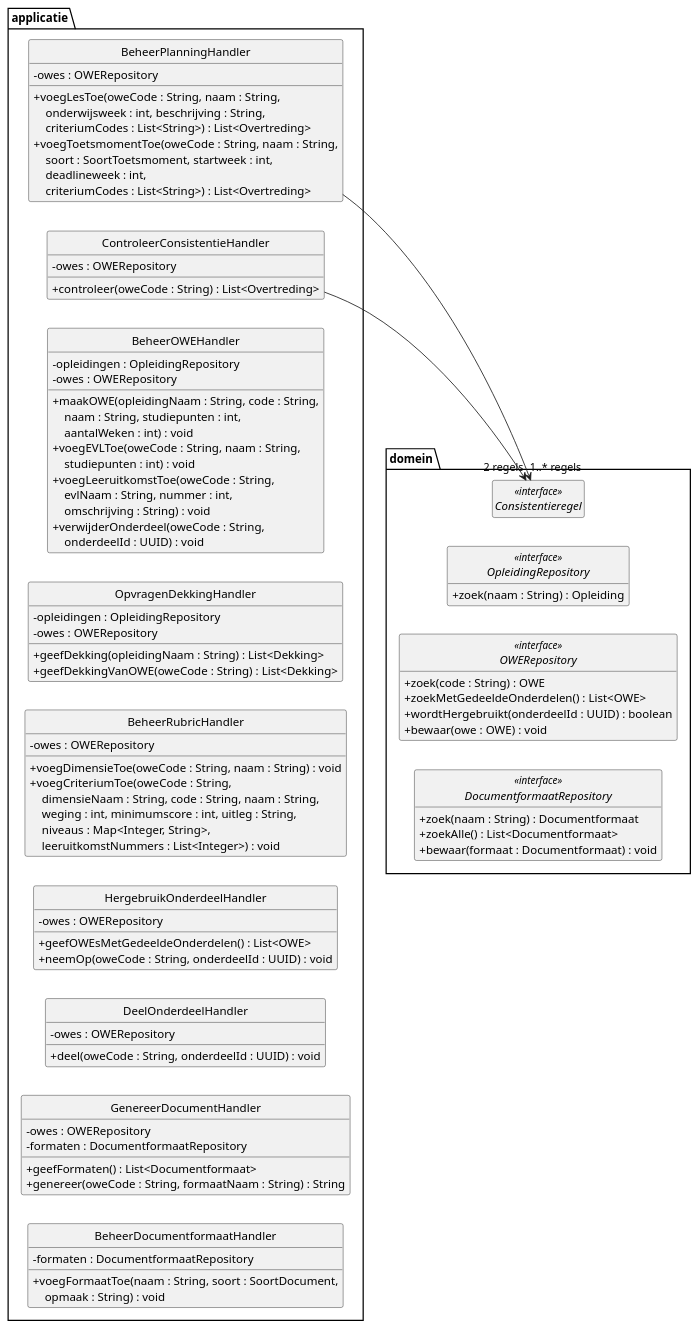
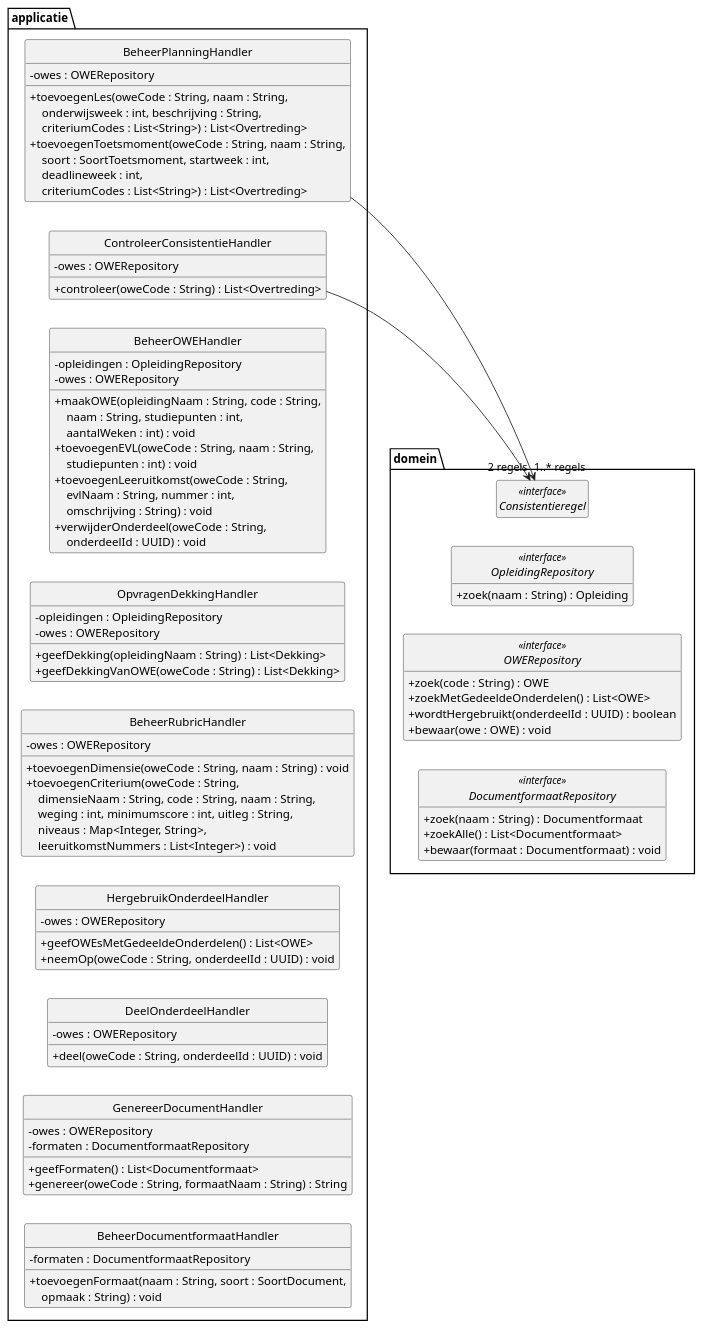
One commit to HAN-Craftsmanship-KL-JJG/casus changed the diagram in docs/diagrams/klassendiagram-handlers.puml. Above: the diagram before and after it, drawn with PlantUML. The commit also changed 4 other files, not shown here.

```diff
--- a/docs/diagrams/klassendiagram-handlers.puml
+++ b/docs/diagrams/klassendiagram-handlers.puml
@@ -1,112 +1,112 @@
 @startuml klassendiagram-handlers
 ' Design class diagram van ICDE: use case controllers en repositories.
 ' Toelichting: docs/klassendiagram.md
 ' De domeinklassen staan volledig in klassendiagram-domein.puml.
 ' Verwijzingen naar repositories staan als attribuut, niet als lijn (Larman 7.4).
 skinparam style strictuml
 skinparam shadowing false
 skinparam defaultFontName Helvetica
 skinparam classAttributeIconSize 0
 hide empty members
 left to right direction
 
 package applicatie {
   class BeheerOWEHandler {
     - opleidingen : OpleidingRepository
     - owes : OWERepository
     + maakOWE(opleidingNaam : String, code : String,\n    \
 naam : String, studiepunten : int,\n    \
 aantalWeken : int) : void
-    + voegEVLToe(oweCode : String, naam : String,\n    \
+    + toevoegenEVL(oweCode : String, naam : String,\n    \
 studiepunten : int) : void
-    + voegLeeruitkomstToe(oweCode : String,\n    \
+    + toevoegenLeeruitkomst(oweCode : String,\n    \
 evlNaam : String, nummer : int,\n    \
 omschrijving : String) : void
     + verwijderOnderdeel(oweCode : String,\n    \
 onderdeelId : UUID) : void
   }
   class BeheerRubricHandler {
     - owes : OWERepository
-    + voegDimensieToe(oweCode : String, naam : String) : void
-    + voegCriteriumToe(oweCode : String,\n    \
+    + toevoegenDimensie(oweCode : String, naam : String) : void
+    + toevoegenCriterium(oweCode : String,\n    \
 dimensieNaam : String, code : String, naam : String,\n    \
 weging : int, minimumscore : int, uitleg : String,\n    \
 niveaus : Map<Integer, String>,\n    \
 leeruitkomstNummers : List<Integer>) : void
   }
   class BeheerPlanningHandler {
     - owes : OWERepository
-    + voegLesToe(oweCode : String, naam : String,\n    \
+    + toevoegenLes(oweCode : String, naam : String,\n    \
 onderwijsweek : int, beschrijving : String,\n    \
 criteriumCodes : List<String>) : List<Overtreding>
-    + voegToetsmomentToe(oweCode : String, naam : String,\n    \
+    + toevoegenToetsmoment(oweCode : String, naam : String,\n    \
 soort : SoortToetsmoment, startweek : int,\n    \
 deadlineweek : int,\n    \
 criteriumCodes : List<String>) : List<Overtreding>
   }
   class ControleerConsistentieHandler {
     - owes : OWERepository
     + controleer(oweCode : String) : List<Overtreding>
   }
   class GenereerDocumentHandler {
     - owes : OWERepository
     - formaten : DocumentformaatRepository
     + geefFormaten() : List<Documentformaat>
     + genereer(oweCode : String, formaatNaam : String) : String
   }
   class HergebruikOnderdeelHandler {
     - owes : OWERepository
     + geefOWEsMetGedeeldeOnderdelen() : List<OWE>
     + neemOp(oweCode : String, onderdeelId : UUID) : void
   }
   class OpvragenDekkingHandler {
     - opleidingen : OpleidingRepository
     - owes : OWERepository
     + geefDekking(opleidingNaam : String) : List<Dekking>
     + geefDekkingVanOWE(oweCode : String) : List<Dekking>
   }
   class DeelOnderdeelHandler {
     - owes : OWERepository
     + deel(oweCode : String, onderdeelId : UUID) : void
   }
   class BeheerDocumentformaatHandler {
     - formaten : DocumentformaatRepository
-    + voegFormaatToe(naam : String, soort : SoortDocument,\n    \
+    + toevoegenFormaat(naam : String, soort : SoortDocument,\n    \
 opmaak : String) : void
   }
 }
 
 package domein {
   interface OWERepository <<interface>> {
     + zoek(code : String) : OWE
     + zoekMetGedeeldeOnderdelen() : List<OWE>
     + wordtHergebruikt(onderdeelId : UUID) : boolean
     + bewaar(owe : OWE) : void
   }
   interface OpleidingRepository <<interface>> {
     + zoek(naam : String) : Opleiding
   }
   interface DocumentformaatRepository <<interface>> {
     + zoek(naam : String) : Documentformaat
     + zoekAlle() : List<Documentformaat>
     + bewaar(formaat : Documentformaat) : void
   }
   interface Consistentieregel <<interface>>
 }
 
 BeheerPlanningHandler --> "2 regels" Consistentieregel
 ControleerConsistentieHandler --> "1..* regels" Consistentieregel
 ' Onzichtbare lijnen zetten elke handler naast zijn repositories.
 BeheerOWEHandler -[hidden]-> OpleidingRepository
 BeheerOWEHandler -[hidden]-> OWERepository
 BeheerRubricHandler -[hidden]-> OWERepository
 BeheerPlanningHandler -[hidden]-> OWERepository
 ControleerConsistentieHandler -[hidden]-> OWERepository
 GenereerDocumentHandler -[hidden]-> OWERepository
 GenereerDocumentHandler -[hidden]-> DocumentformaatRepository
 HergebruikOnderdeelHandler -[hidden]-> OWERepository
 OpvragenDekkingHandler -[hidden]-> OpleidingRepository
 OpvragenDekkingHandler -[hidden]-> OWERepository
 DeelOnderdeelHandler -[hidden]-> OWERepository
 BeheerDocumentformaatHandler -[hidden]-> DocumentformaatRepository
 @enduml
```
